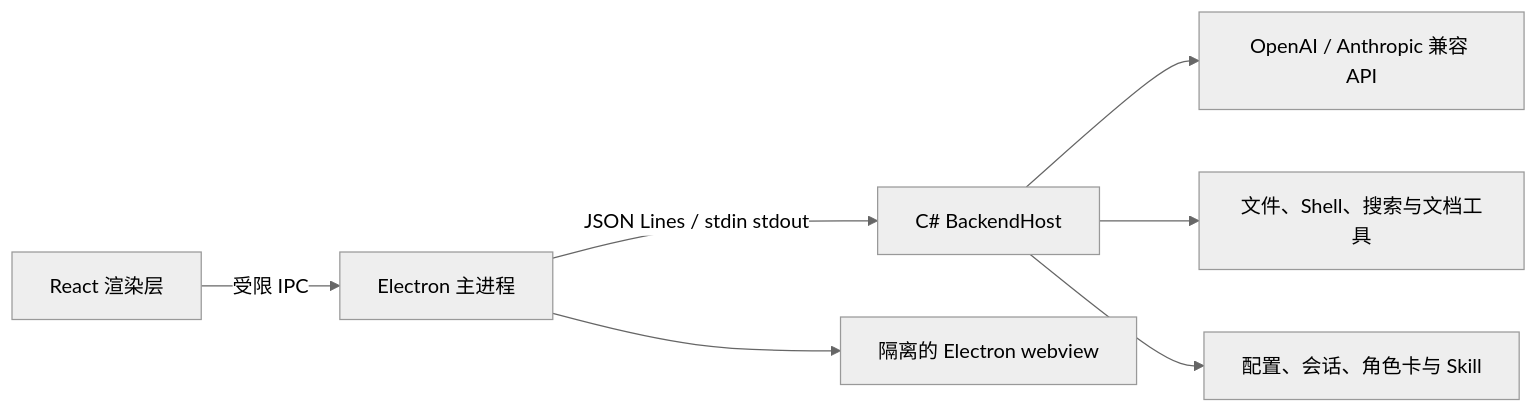
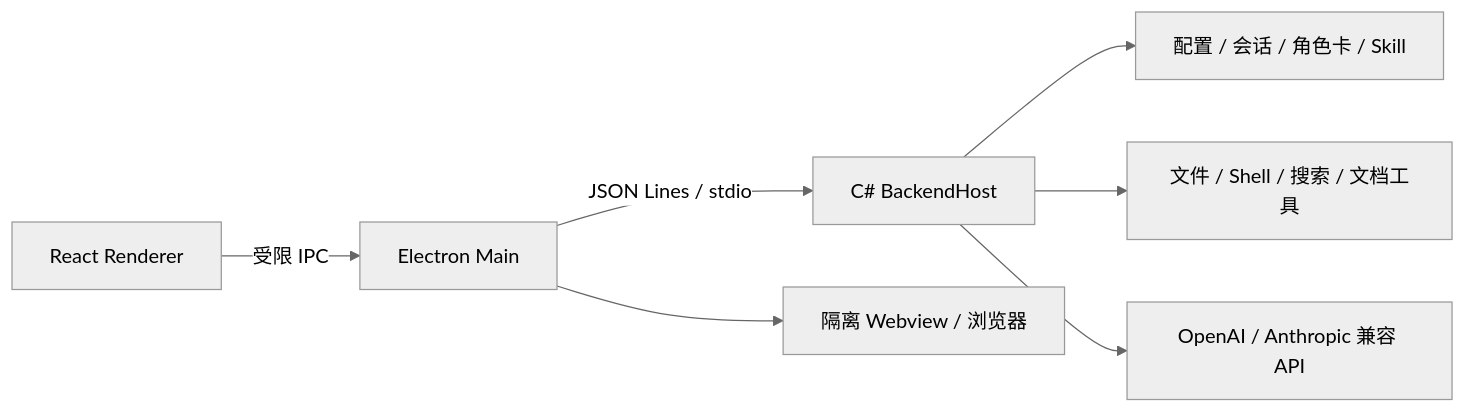
One commit to jhryo25/RanParty changed the diagram in README.md. Above: the diagram before and after it, drawn with Mermaid (neutral theme). The commit also changed other lines of this file and 21 other files, not shown here.

````diff
--- a/README.md
+++ b/README.md
@@ -35,9 +35,9 @@
 ```mermaid
 flowchart LR
-  UI[React 渲染层] -->|受限 IPC| Main[Electron 主进程]
-  Main -->|JSON Lines / stdin stdout| Backend[C# BackendHost]
-  Backend --> API[OpenAI / Anthropic 兼容 API]
-  Backend --> Tools[文件、Shell、搜索与文档工具]
-  Backend --> Store[配置、会话、角色卡与 Skill]
-  Main --> Webview[隔离的 Electron webview]
+  UI[React Renderer] -->|受限 IPC| Main[Electron Main]
+  Main -->|JSON Lines / stdio| Backend[C# BackendHost]
+  Backend --> Store[配置 / 会话 / 角色卡 / Skill]
+  Backend --> Tools[文件 / Shell / 搜索 / 文档工具]
+  Backend --> LLM[OpenAI / Anthropic 兼容 API]
+  Main --> Webview[隔离 Webview / 浏览器]
 ```
````
